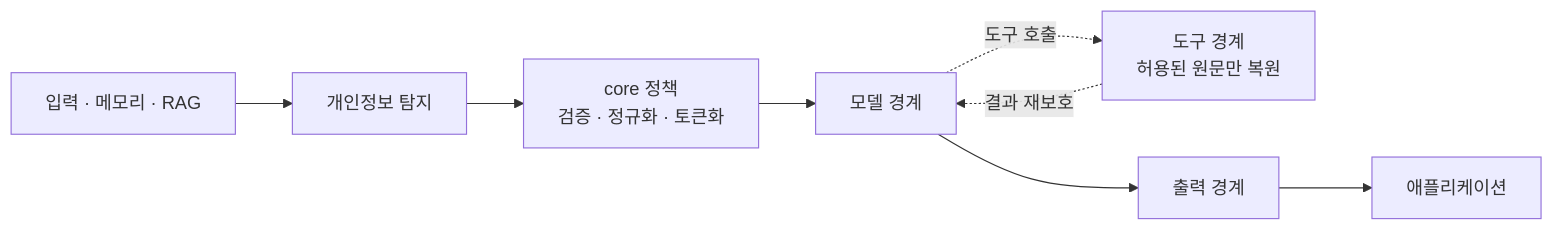
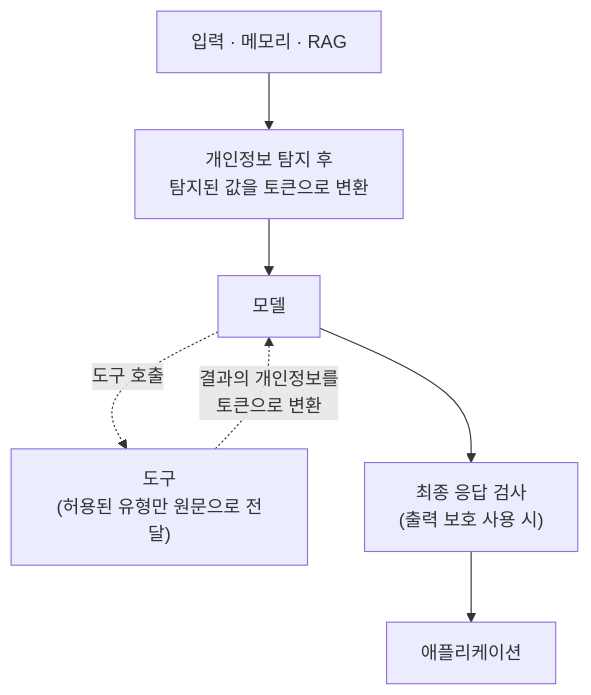
Before and after one commit to ultramancode/spring-ai-privacy-guardrails: the diagram in README.ko.md, drawn with Mermaid. The commit also changed other lines of this file and 3 other files, not shown here.

Commit message:
docs: clarify privacy and tool authorization diagrams

````diff
--- a/README.ko.md
+++ b/README.ko.md
@@ -48,10 +49,9 @@
 ```mermaid
-flowchart LR
-    A["입력 · 메모리 · RAG"] --> B["개인정보 탐지"]
-    B --> C["core 정책<br/>검증 · 정규화 · 토큰화"]
-    C --> D["모델 경계"]
-    D -. "도구 호출" .-> E["도구 경계<br/>허용된 원문만 복원"]
-    E -. "결과 재보호" .-> D
-    D --> F["출력 경계"]
-    F --> G["애플리케이션"]
+flowchart TD
+    A["입력 · 메모리 · RAG"] --> B["개인정보 탐지 후<br/>탐지된 값을 토큰으로 변환"]
+    B --> C["모델"]
+    C -. "도구 호출" .-> D["도구<br/>(허용된 유형만 원문으로 전달)"]
+    D -. "결과의 개인정보를<br/>토큰으로 변환" .-> C
+    C --> E["최종 응답 검사<br/>(출력 보호 사용 시)"]
+    E --> F["애플리케이션"]
 ```
````
